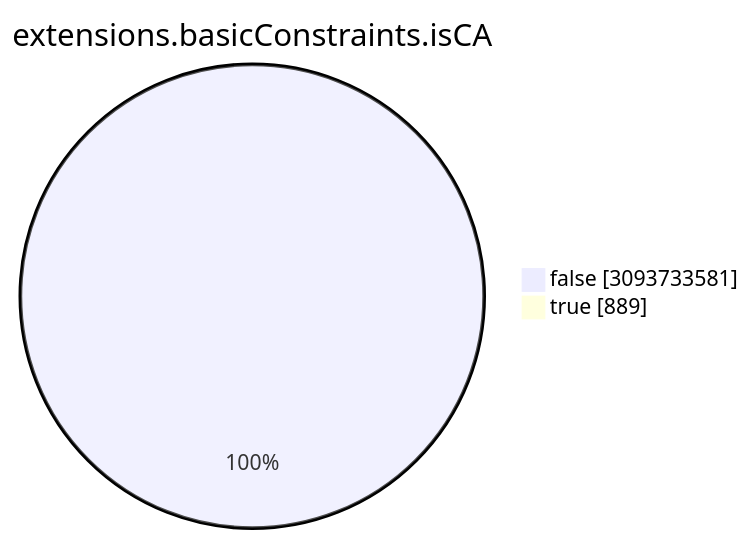
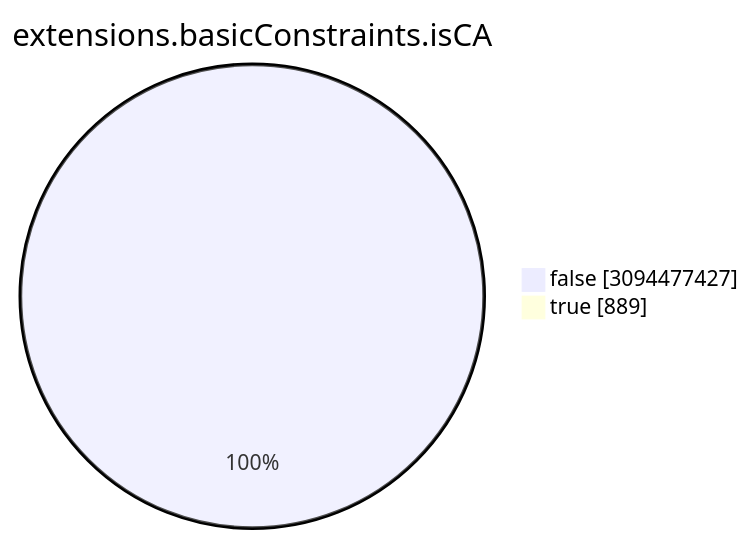
Before and after one commit to christiankrug/ctmonitor_visualization: the seventh of 15 diagrams in TOTAL/README.md, drawn with Mermaid. The commit also changed other lines of this file, not shown here.

````diff
--- a/TOTAL/README.md
+++ b/TOTAL/README.md
@@ -3086,6 +3086,6 @@
 ```mermaid
 pie showData
 title extensions.basicConstraints.isCA
-"false" :3093733581
+"false" :3094477427
 "true" :889
 ```
````
